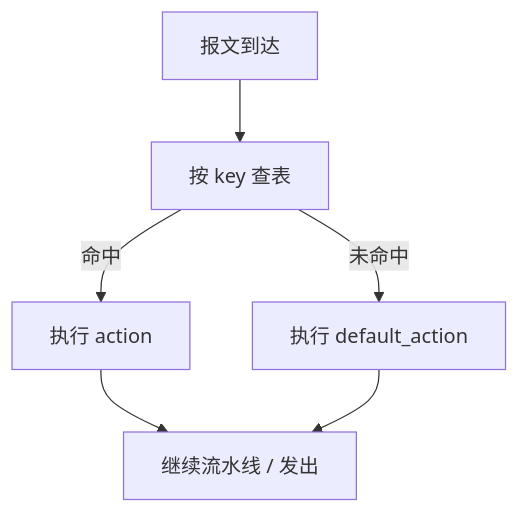
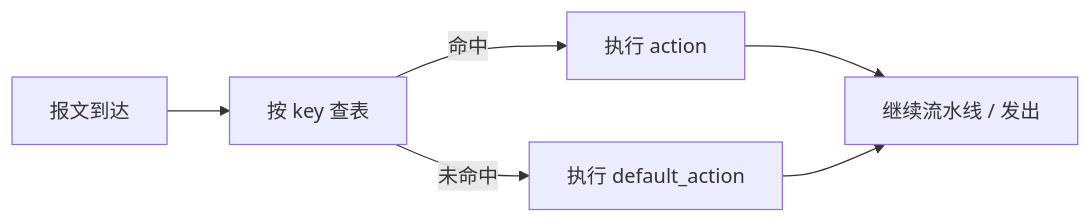
The third of 4 diagrams in src/content/blog/P4/p4-02-language-core.mdx (Sukkk-zcy/Sukkk-zcy.github.io), drawn with Mermaid before and after one commit. The commit also changed other lines of this file and 2 other files, not shown here.

Commit message:
update: 2026-08-05-16-51

````diff
--- a/src/content/blog/P4/p4-02-language-core.mdx
+++ b/src/content/blog/P4/p4-02-language-core.mdx
@@ -175,8 +175,8 @@
 ```mermaid
-flowchart TD
+flowchart LR
     A["报文到达"] --> B["按 key 查表"]
     B -->|"命中"| C["执行 action"]
     B -->|"未命中"| D["执行 default_action"]
     C --> E["继续流水线 / 发出"]
     D --> E
 ```
````
